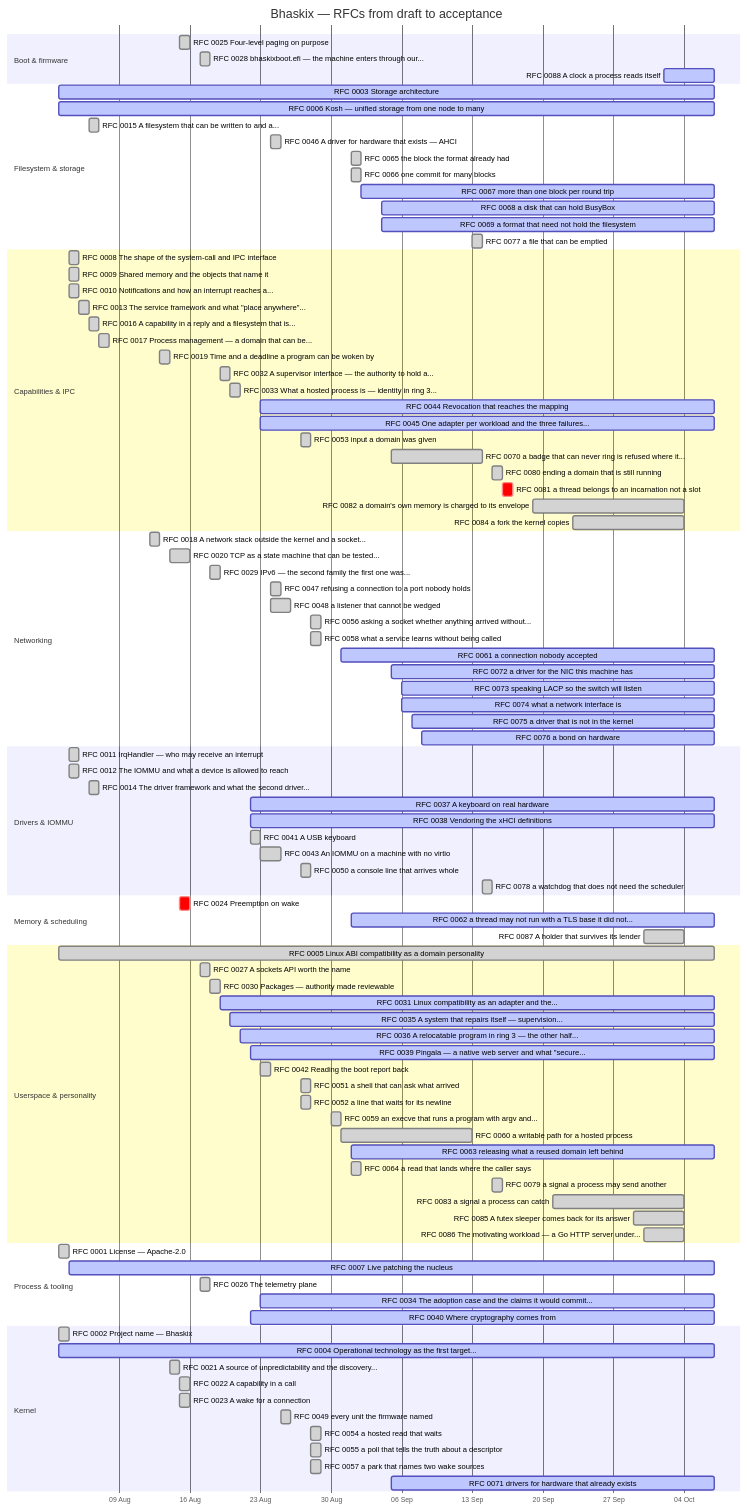
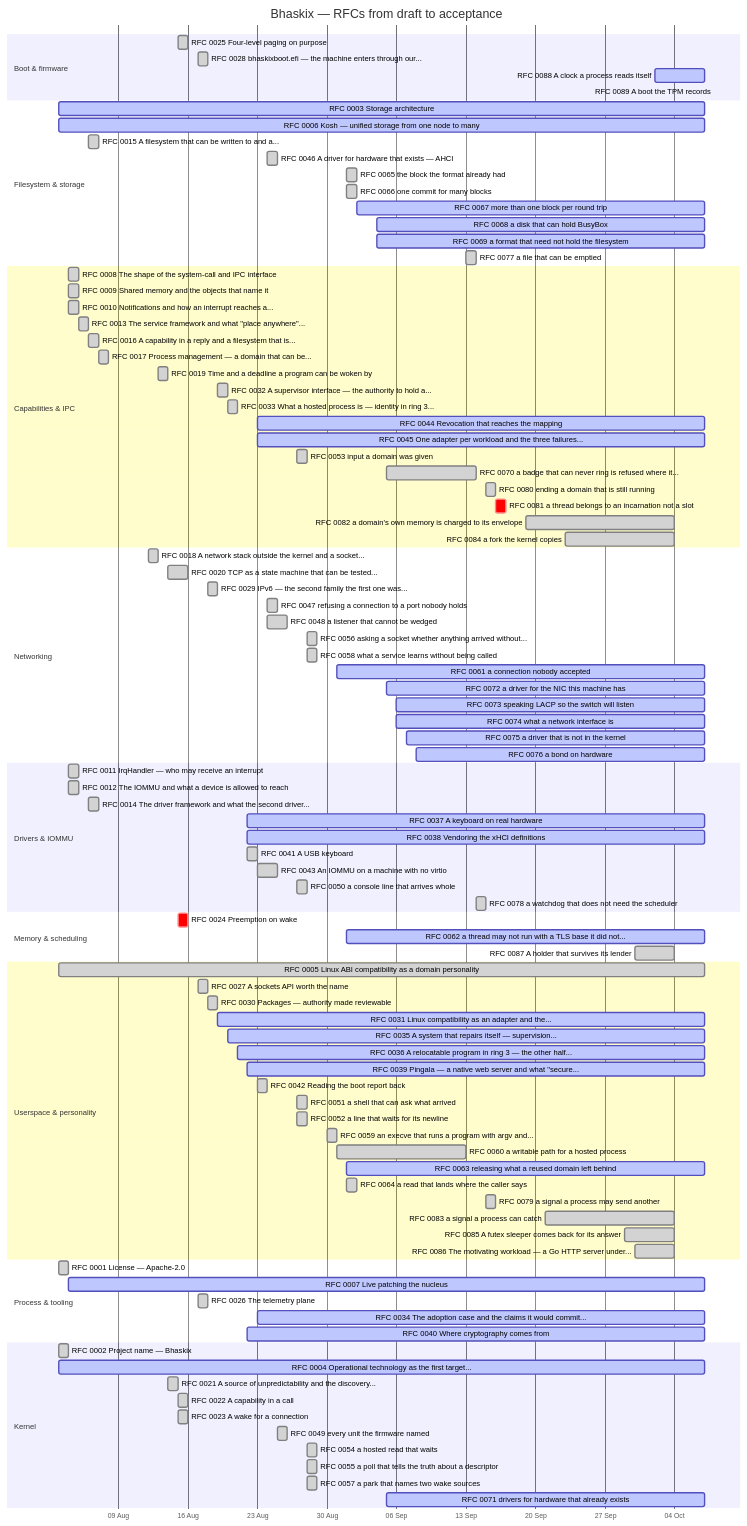
The diagram in docs/progress.md (bhaskix/bhaskix), drawn with Mermaid before and after one commit. The commit also changed other lines of this file and 8 other files, not shown here.

```diff
--- a/docs/progress.md
+++ b/docs/progress.md
@@ -31,6 +31,7 @@
     RFC 0025 Four-level paging on purpose :done, r0025, 2026-08-15, 2026-08-16
     RFC 0028 bhaskixboot.efi — the machine enters through our... :done, r0028, 2026-08-17, 2026-08-18
     RFC 0088 A clock a process reads itself :active, r0088, 2026-10-02, 2026-10-07
+    RFC 0089 A boot the TPM records :active, r0089, 2026-10-08, 2026-10-08
     section Filesystem & storage
     RFC 0003 Storage architecture :active, r0003, 2026-08-03, 2026-10-07
     RFC 0006 Kosh — unified storage from one node to many :active, r0006, 2026-08-03, 2026-10-07
```
